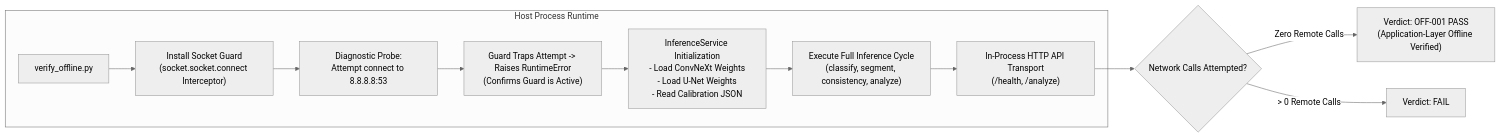
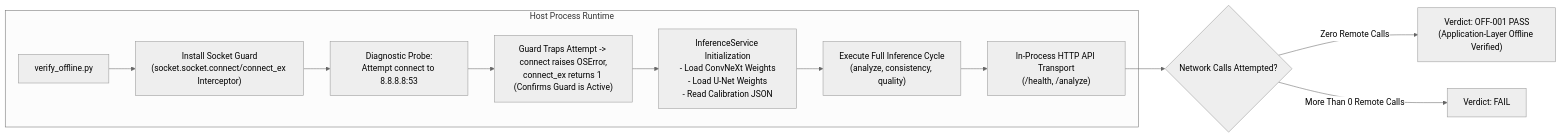
One commit to NeutronZero/BrainTumor-MajorProject changed diagram 15 of 22 in docs/architecture/system_architecture_specification.md. Above: the diagram before and after it, drawn with Mermaid (neutral theme). The commit also changed other lines of this file and 45 other files, not shown here.

````diff
--- a/docs/architecture/system_architecture_specification.md
+++ b/docs/architecture/system_architecture_specification.md
@@ -910,17 +913,17 @@
 ```mermaid
 flowchart LR
     subgraph Host Process Runtime
-        Script["verify_offline.py"] --> MonkeyPatch["Install Socket Guard<br/>(socket.socket.connect Interceptor)"]
+        Script["verify_offline.py"] --> MonkeyPatch["Install Socket Guard<br/>(socket.socket.connect/connect_ex Interceptor)"]
         MonkeyPatch --> Probe["Diagnostic Probe:<br/>Attempt connect to 8.8.8.8:53"]
-        Probe --> Trapped["Guard Traps Attempt -> Raises RuntimeError<br/>(Confirms Guard is Active)"]
+        Probe --> Trapped["Guard Traps Attempt -> connect raises OSError,<br/>connect_ex returns 1 (Confirms Guard is Active)"]
         
         Trapped --> SvcLoad["InferenceService Initialization<br/>- Load ConvNeXt Weights<br/>- Load U-Net Weights<br/>- Read Calibration JSON"]
         
-        SvcLoad --> Infer["Execute Full Inference Cycle<br/>(classify, segment, consistency, analyze)"]
+        SvcLoad --> Infer["Execute Full Inference Cycle<br/>(analyze, consistency, quality)"]
         Infer --> API["In-Process HTTP API Transport<br/>(/health, /analyze)"]
     end
 
     API --> Verdict{"Network Calls Attempted?"}
     Verdict -->|Zero Remote Calls| Pass["Verdict: OFF-001 PASS<br/>(Application-Layer Offline Verified)"]
-    Verdict -->|> 0 Remote Calls| Fail["Verdict: FAIL"]
+    Verdict -->|More Than 0 Remote Calls| Fail["Verdict: FAIL"]
 ```
````
